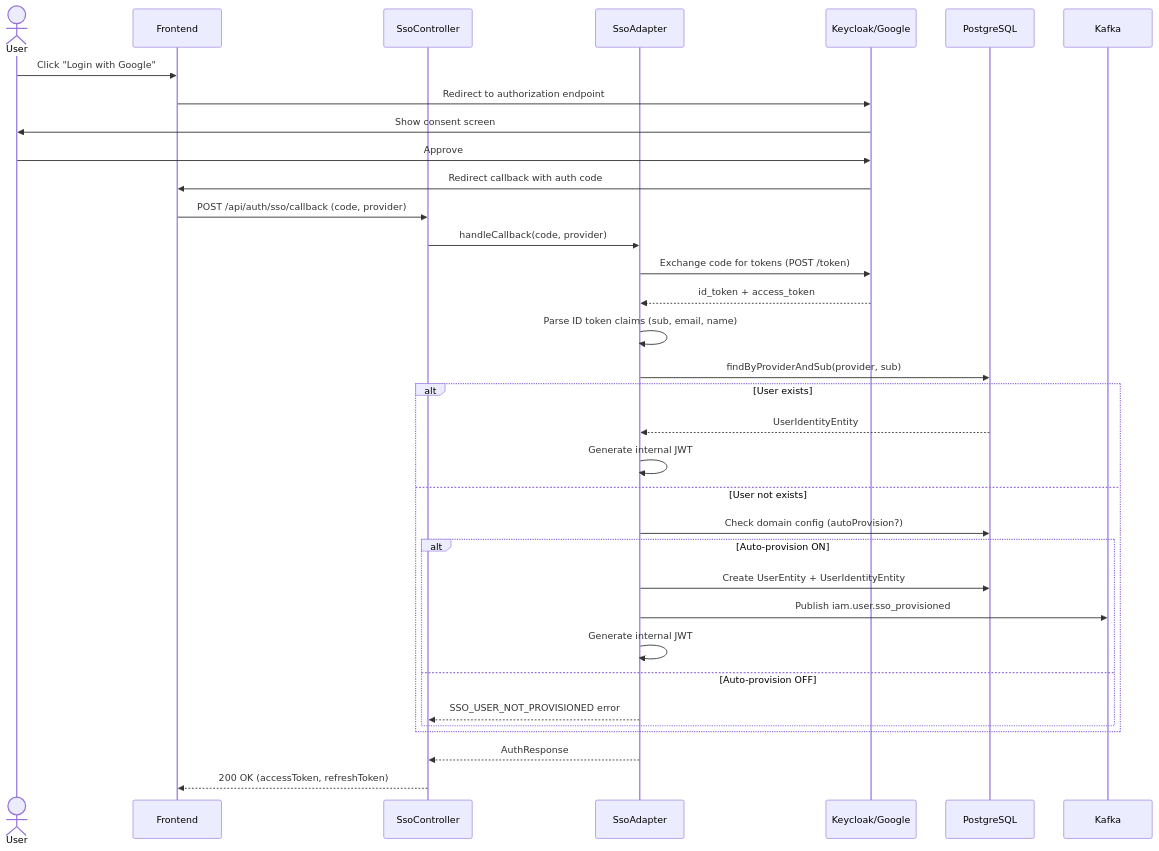
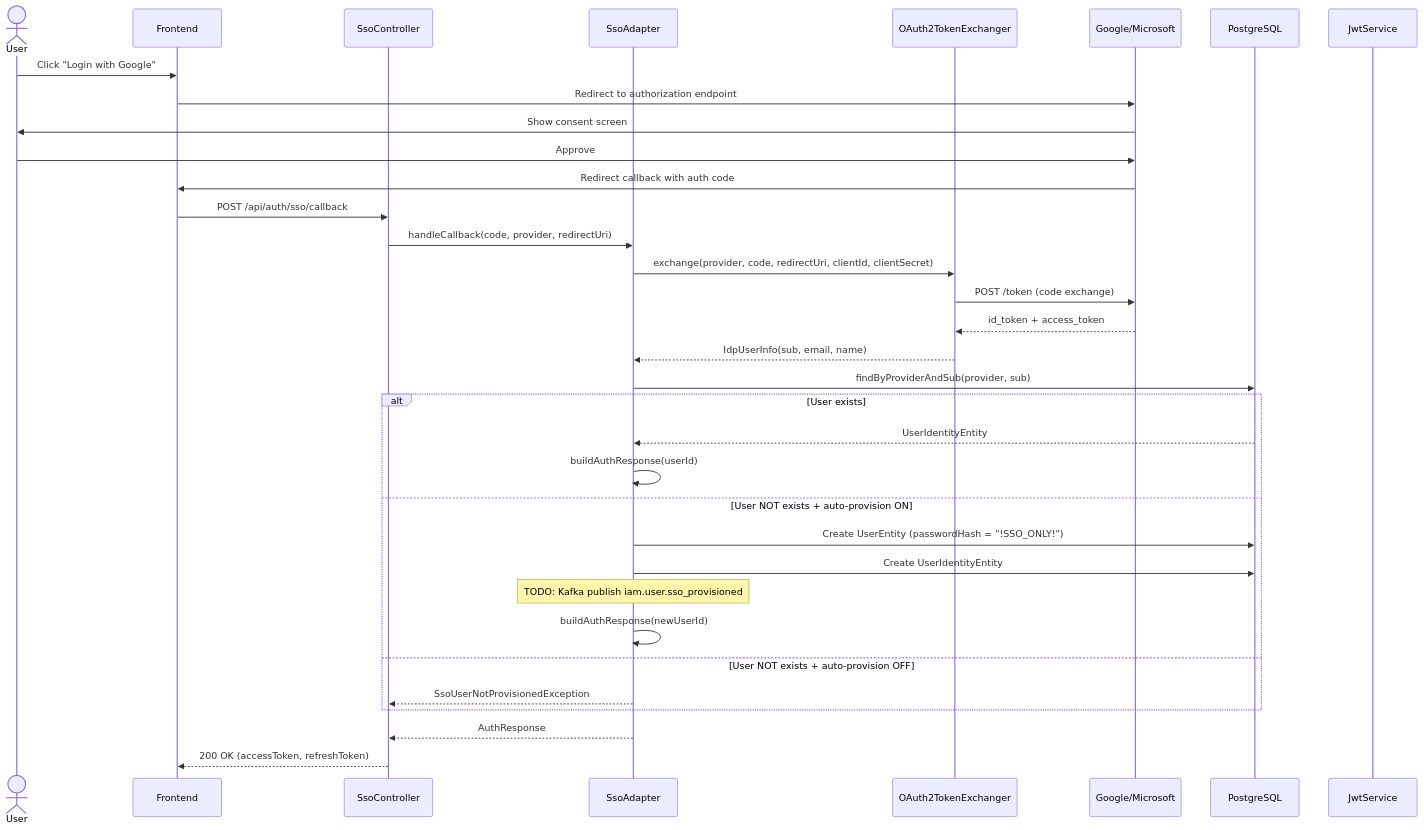
One commit to nguyentthai96/auth-service changed the sixth of 8 diagrams in openspec/research/auth-core-features/technical_spec.md. Above: the diagram before and after it, drawn with Mermaid. The commit also changed other lines of this file and 93 other files, not shown here.

Commit message:
chore(auth-service): update generated openspec and pipeline artifacts for feature 1 and 2, start feature 3

````diff
--- a/openspec/research/auth-core-features/technical_spec.md
+++ b/openspec/research/auth-core-features/technical_spec.md
@@ -190,42 +404,41 @@
 ```mermaid
 sequenceDiagram
     actor User
     participant FE as Frontend
     participant SC as SsoController
     participant SA as SsoAdapter
-    participant IdP as Keycloak/Google
+    participant OTE as OAuth2TokenExchanger
+    participant IdP as Google/Microsoft
     participant DB as PostgreSQL
-    participant Kafka
+    participant JWT as JwtService
 
     User->>FE: Click "Login with Google"
     FE->>IdP: Redirect to authorization endpoint
     IdP->>User: Show consent screen
     User->>IdP: Approve
     IdP->>FE: Redirect callback with auth code
 
-    FE->>SC: POST /api/auth/sso/callback (code, provider)
-    SC->>SA: handleCallback(code, provider)
-    SA->>IdP: Exchange code for tokens (POST /token)
-    IdP-->>SA: id_token + access_token
-    SA->>SA: Parse ID token claims (sub, email, name)
+    FE->>SC: POST /api/auth/sso/callback
+    SC->>SA: handleCallback(code, provider, redirectUri)
+    SA->>OTE: exchange(provider, code, redirectUri, clientId, clientSecret)
+    OTE->>IdP: POST /token (code exchange)
+    IdP-->>OTE: id_token + access_token
+    OTE-->>SA: IdpUserInfo(sub, email, name)
 
     SA->>DB: findByProviderAndSub(provider, sub)
 
     alt User exists
         DB-->>SA: UserIdentityEntity
-        SA->>SA: Generate internal JWT
-    else User not exists
-        SA->>DB: Check domain config (autoProvision?)
-
-        alt Auto-provision ON
-            SA->>DB: Create UserEntity + UserIdentityEntity
-            SA->>Kafka: Publish iam.user.sso_provisioned
-            SA->>SA: Generate internal JWT
-        else Auto-provision OFF
-            SA-->>SC: SSO_USER_NOT_PROVISIONED error
-        end
+        SA->>SA: buildAuthResponse(userId)
+    else User NOT exists + auto-provision ON
+        SA->>DB: Create UserEntity (passwordHash = "!SSO_ONLY!")
+        SA->>DB: Create UserIdentityEntity
+        Note over SA: TODO: Kafka publish iam.user.sso_provisioned
+        SA->>SA: buildAuthResponse(newUserId)
+    else User NOT exists + auto-provision OFF
+        SA-->>SC: SsoUserNotProvisionedException
     end
 
     SA-->>SC: AuthResponse
     SC-->>FE: 200 OK (accessToken, refreshToken)
 ```
````
